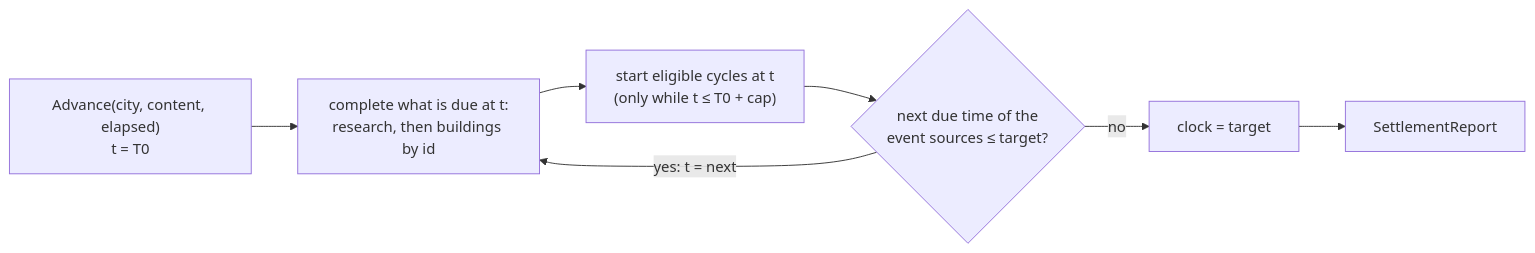
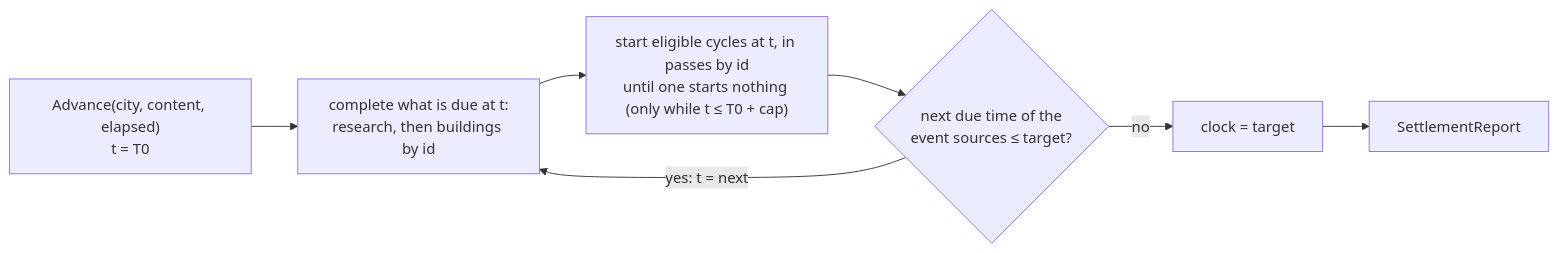
The fourth of 4 diagrams in docs/modules/CityBuilder.Simulation.md (Samurai-netizen/citybuild), drawn with Mermaid before and after one commit. The commit also changed other lines of this file and 26 other files, not shown here.

````diff
--- a/docs/modules/CityBuilder.Simulation.md
+++ b/docs/modules/CityBuilder.Simulation.md
@@ -61,8 +62,8 @@
 ```mermaid
 flowchart LR
   A["Advance(city, content, elapsed)<br/>t = T0"] --> C["complete what is due at t:<br/>research, then buildings by id"]
-  C --> S["start eligible cycles at t<br/>(only while t ≤ T0 + cap)"]
+  C --> S["start eligible cycles at t, in passes by id<br/>until one starts nothing (only while t ≤ T0 + cap)"]
   S --> N{"next due time of the<br/>event sources ≤ target?"}
   N -- "yes: t = next" --> C
   N -- no --> K["clock = target"] --> R[SettlementReport]
 ```
````
